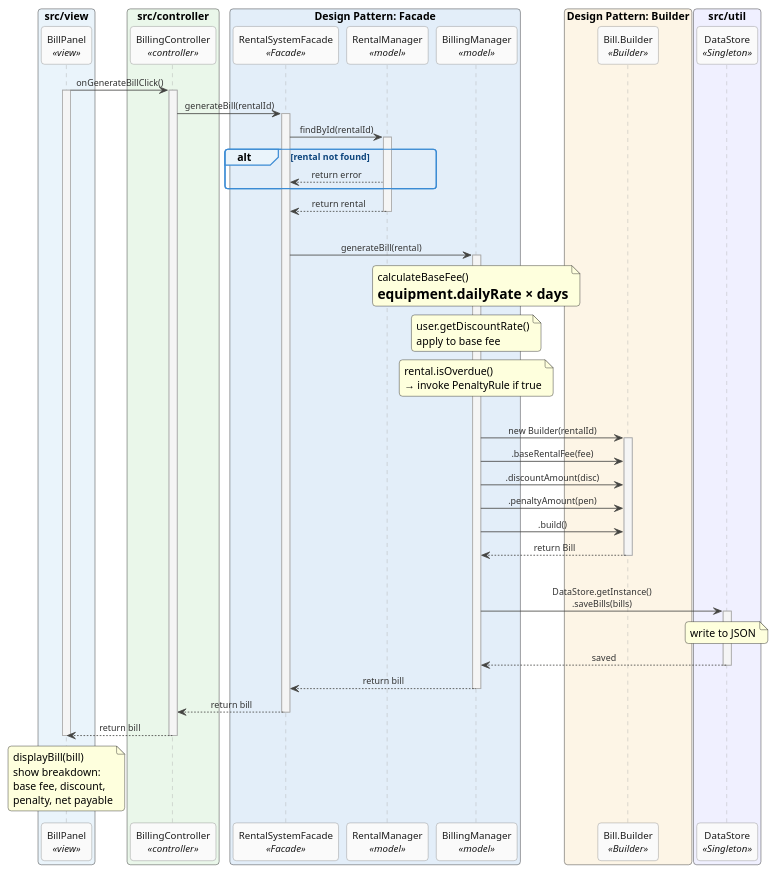
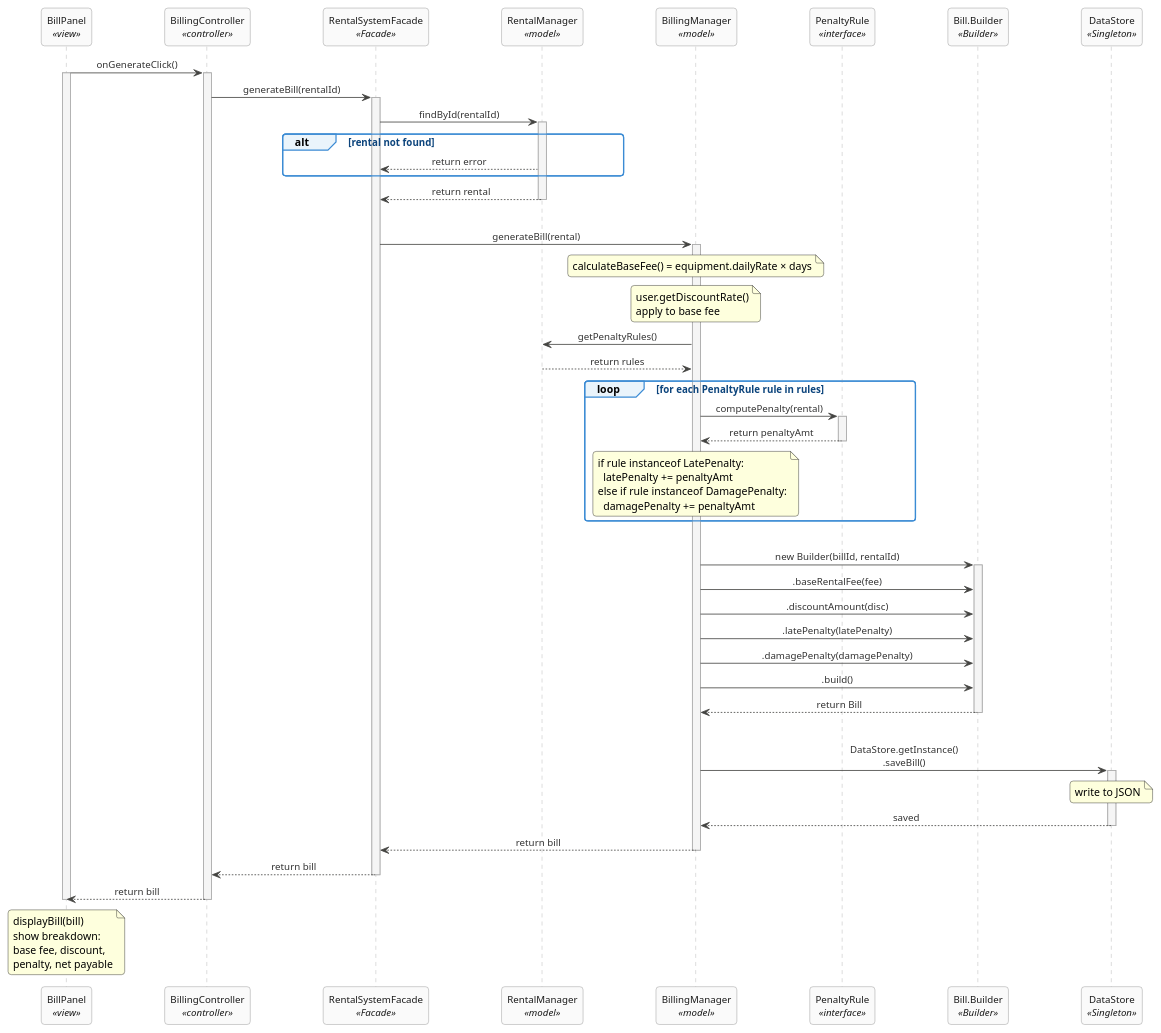
The diagram in diagrams/FINAL_sequence_generate_bill.puml (sarafidi/G1_SmartEquipmentRental-BillingSystem), drawn with PlantUML before and after one commit. The commit also changed 12 other files, not shown here.

```diff
--- a/diagrams/FINAL_sequence_generate_bill.puml
+++ b/diagrams/FINAL_sequence_generate_bill.puml
@@ -1,138 +1,136 @@
 @startuml GenerateBill
 
 skinparam sequenceMessageAlign center
 skinparam responseMessageBelowArrow true
 skinparam maxMessageSize 200
 skinparam roundcorner 8
 skinparam shadowing false
 skinparam stereotypePosition bottom
+skinparam ParticipantPadding 40
 
 skinparam participant {
   BackgroundColor #FAFAFA
   BorderColor     #888888
   FontColor       #1A1A1A
   FontSize        12
 }
 
 skinparam sequence {
   ArrowColor              #444441
-  ArrowFontSize           11
+  ArrowFontSize           12
   ArrowFontColor          #333333
   LifeLineBorderColor     #AAAAAA
   LifeLineBackgroundColor #F5F5F5
   GroupBackgroundColor    #EAF4FB
   GroupBorderColor        #3B8BD4
   GroupFontColor          #0C447C
-  GroupFontSize           11
+  GroupFontSize           12
   NoteBackgroundColor     #FFF8E8
   NoteBorderColor         #AAAAAA
-  NoteFontSize            11
+  NoteFontSize            12
 }
 
 ' ═══════════════════════════════════════════════════
 ' PARTICIPANTS — matches visual diagram 2
 ' 7 lifelines: BillPanel, BillingController, Facade,
 '              RentalManager, BillingManager,
 '              Bill.Builder, DataStore
 ' ═══════════════════════════════════════════════════
-box "src/view" #EAF4FB
-  participant "BillPanel" as View <<view>>
-end box
-
-box "src/controller" #EAF7EA
-  participant "BillingController" as Ctrl <<controller>>
-end box
-
-box "Design Pattern: Facade" #E3EEF9
-  participant "RentalSystemFacade" as Facade <<Facade>>
-  participant "RentalManager" as RentMgr <<model>>
-  participant "BillingManager" as BillMgr <<model>>
-end box
-
-box "Design Pattern: Builder" #FDF5E6
-  participant "Bill.Builder" as Builder <<Builder>>
-end box
-
-box "src/util" #F0F0FF
-  participant "DataStore" as DS <<Singleton>>
-end box
+participant "BillPanel" as View <<view>>
+participant "BillingController" as Ctrl <<controller>>
+participant "RentalSystemFacade" as Facade <<Facade>>
+participant "RentalManager" as RentMgr <<model>>
+participant "BillingManager" as BillMgr <<model>>
+participant "PenaltyRule" as Rule <<interface>>
+participant "Bill.Builder" as Builder <<Builder>>
+participant "DataStore" as DS <<Singleton>>
 
 ' ═══════════════════════════════════════════════════
 ' MESSAGE FLOW — matches visual diagram 2
 ' ═══════════════════════════════════════════════════
 
 ' Step 1
-View -> Ctrl : onGenerateBillClick()
+View -> Ctrl : onGenerateClick()
 activate View
 activate Ctrl
 
 ' Step 2
 Ctrl -> Facade : generateBill(rentalId)
 activate Facade
 
 ' Step 3 — Facade retrieves rental first
 Facade -> RentMgr : findById(rentalId)
 activate RentMgr
 
 ' alt: rental not found
 group alt [rental not found]
   RentMgr --> Facade : return error
 end
 
 ' Step 5
 RentMgr --> Facade : return rental
 deactivate RentMgr
 
 |||
 ' Step 6
 Facade -> BillMgr : generateBill(rental)
 activate BillMgr
 
 ' Step 7 — BillingManager calculates components
-note over BillMgr : calculateBaseFee()\n= equipment.dailyRate × days
+note over BillMgr : calculateBaseFee() = equipment.dailyRate × days
 
 ' Step 8
 note over BillMgr : user.getDiscountRate()\napply to base fee
 
-' Step 9
-note over BillMgr : rental.isOverdue()\n→ invoke PenaltyRule if true
+' Step 9 — Retrieve rules and calculate penalties
+BillMgr -> RentMgr : getPenaltyRules()
+RentMgr --> BillMgr : return rules
+
+loop for each PenaltyRule rule in rules
+  BillMgr -> Rule : computePenalty(rental)
+  activate Rule
+  Rule --> BillMgr : return penaltyAmt
+  deactivate Rule
+  note over BillMgr : if rule instanceof LatePenalty:\n  latePenalty += penaltyAmt\nelse if rule instanceof DamagePenalty:\n  damagePenalty += penaltyAmt
+end
 
 |||
 ' ── Builder block (Steps 10–14) ─────────────────
-BillMgr -> Builder : new Builder(rentalId)
+BillMgr -> Builder : new Builder(billId, rentalId)
 activate Builder
 
 BillMgr -> Builder : .baseRentalFee(fee)
 BillMgr -> Builder : .discountAmount(disc)
-BillMgr -> Builder : .penaltyAmount(pen)
+BillMgr -> Builder : .latePenalty(latePenalty)
+BillMgr -> Builder : .damagePenalty(damagePenalty)
 
 ' Step 14
 BillMgr -> Builder : .build()
 Builder --> BillMgr : return Bill
 deactivate Builder
 
 |||
 ' Step 16 — persist bill via Singleton
-BillMgr -> DS : DataStore.getInstance()\n.saveBills(bills)
+BillMgr -> DS : DataStore.getInstance()\n.saveBill()
 activate DS
 note over DS : write to JSON
 DS --> BillMgr : saved
 deactivate DS
 
 ' Step 17
 BillMgr --> Facade : return bill
 deactivate BillMgr
 
 ' Step 18
 Facade --> Ctrl : return bill
 deactivate Facade
 
 ' Step 19
 Ctrl --> View : return bill
 deactivate Ctrl
 
 ' Step 20
 note over View : displayBill(bill)\nshow breakdown:\nbase fee, discount,\npenalty, net payable
 deactivate View
 
 @enduml
```
